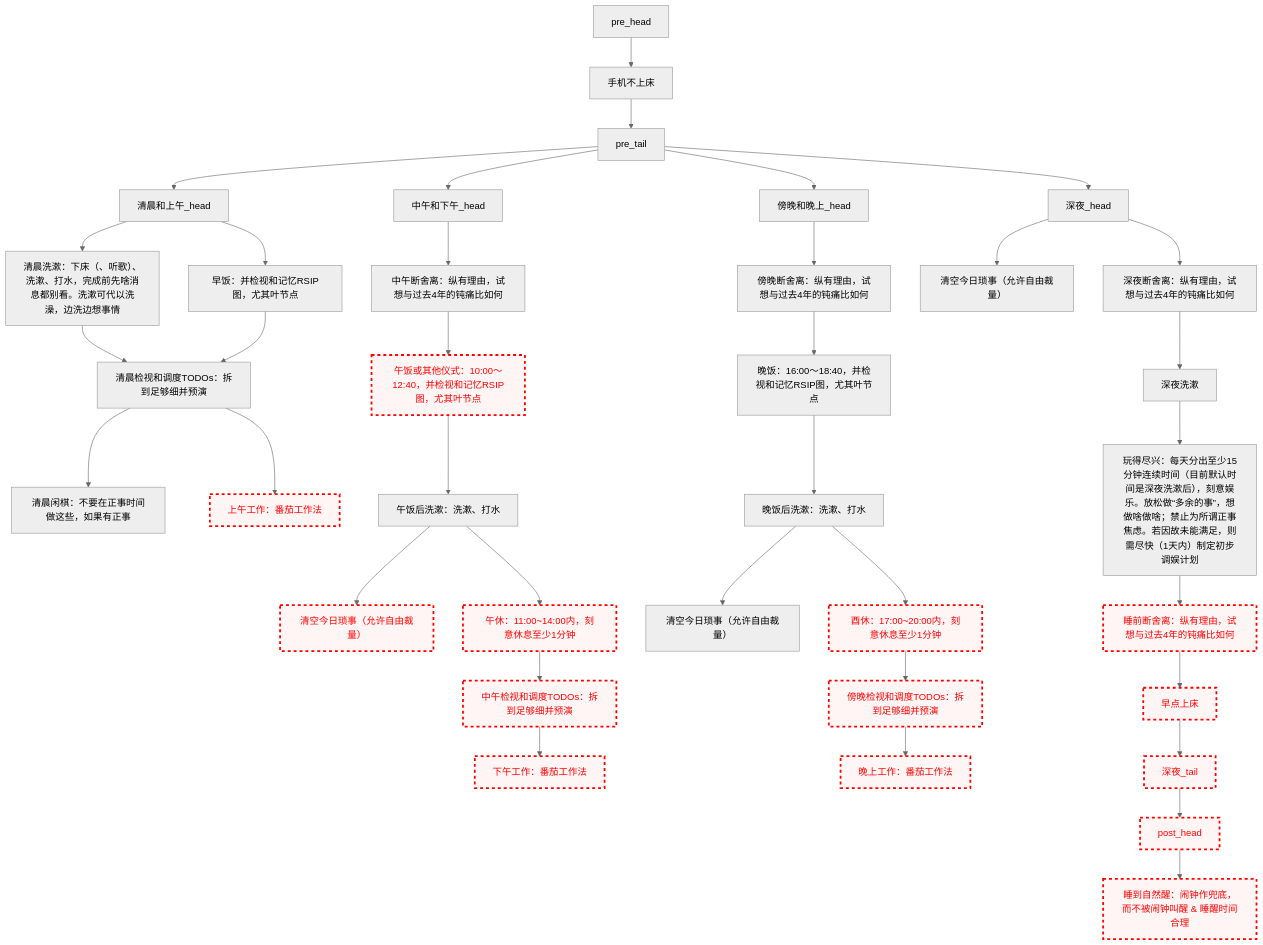
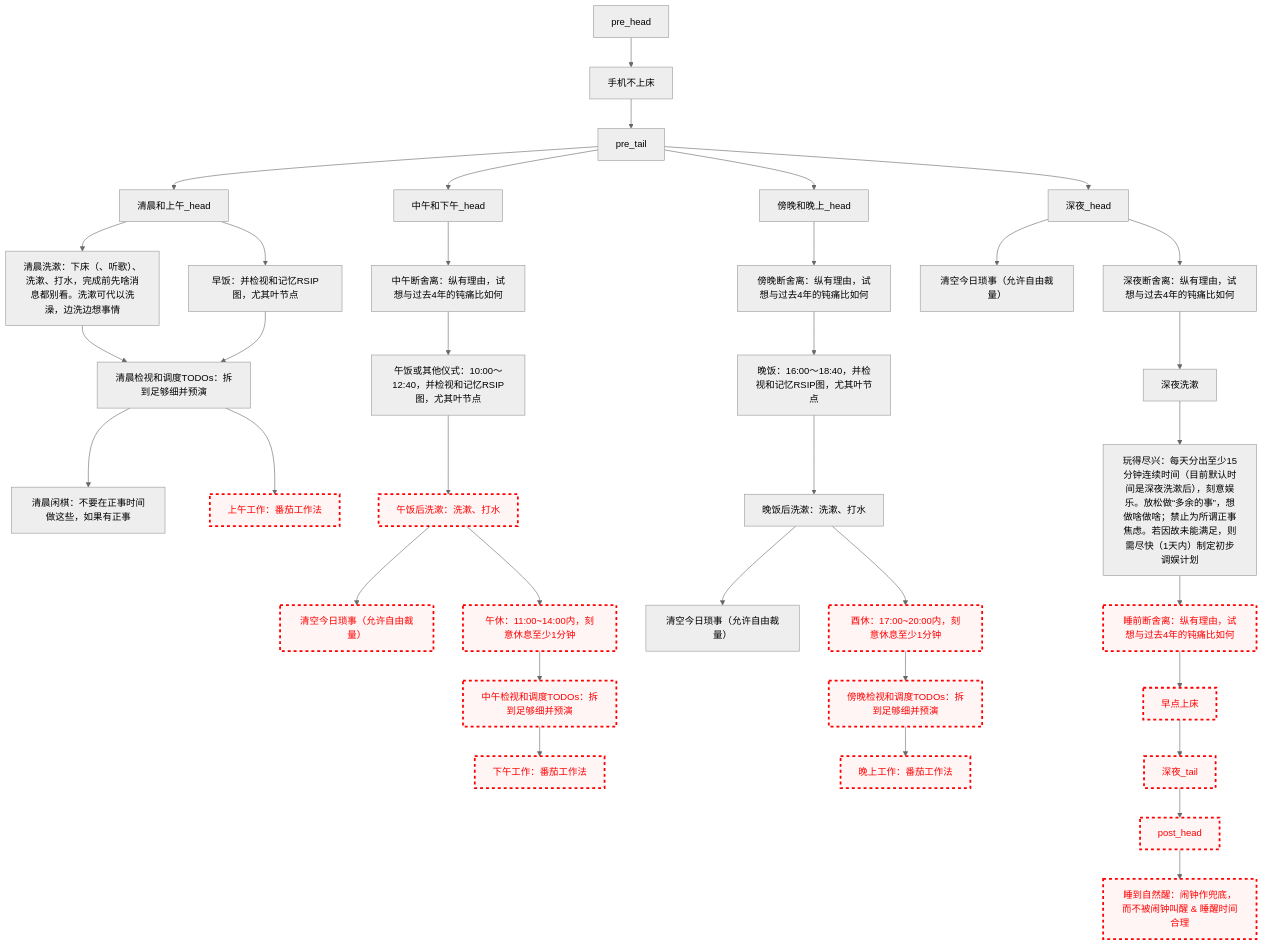
The diagram in README.md (Ethkuil/RSIP-tree), drawn with Mermaid (neutral theme) before and after one commit.

Commit message:
enable 午饭

````diff
--- a/README.md
+++ b/README.md
@@ -21,63 +21,62 @@
 ```mermaid
 graph TD
 
 classDef failed stroke:#ff0000, stroke-width:3px, color:#ff0000, fill:#fff5f5, stroke-dasharray: 5
 
 pre_head --> 手机不上床
 手机不上床 --> pre_tail
 
 
 pre_tail --> 清晨和上午_head
 清晨和上午_head --> 清晨洗漱[清晨洗漱：下床（、听歌）、洗漱、打水，完成前先啥消息都别看。洗漱可代以洗澡，边洗边想事情]
 清晨和上午_head --> 早饭[早饭：并检视和记忆RSIP图，尤其叶节点]
 清晨洗漱 --> 清晨看TODO[清晨检视和调度TODOs：拆到足够细并预演]
 早饭 --> 清晨看TODO
 清晨看TODO --> 清晨闲棋[清晨闲棋：不要在正事时间做这些，如果有正事]
 清晨看TODO --> 上午工作[上午工作：番茄工作法]
 class 上午工作 failed
 
 pre_tail --> 中午和下午_head
 中午和下午_head --> 中午断舍离[中午断舍离：纵有理由，试想与过去4年的钝痛比如何]
 中午断舍离 --> 午饭[午饭或其他仪式：10:00～12:40，并检视和记忆RSIP图，尤其叶节点]
-class 午饭 failed
 午饭 --> 午饭后洗漱[午饭后洗漱：洗漱、打水]
-class 午饭 failed
+class 午饭后洗漱 failed
 午饭后洗漱 --> 中午今日琐事[清空今日琐事（允许自由裁量）]
 class 中午今日琐事 failed
 午饭后洗漱 --> 午休[午休：11:00~14:00内，刻意休息至少1分钟]
 class 午休 failed
 午休 --> 中午看TODO[中午检视和调度TODOs：拆到足够细并预演]
 class 中午看TODO failed
 中午看TODO --> 下午工作[下午工作：番茄工作法]
 class 下午工作 failed
 
 pre_tail --> 傍晚和晚上_head
 傍晚和晚上_head --> 傍晚断舍离[傍晚断舍离：纵有理由，试想与过去4年的钝痛比如何]
 傍晚断舍离 --> 晚饭[晚饭：16:00～18:40，并检视和记忆RSIP图，尤其叶节点]
 晚饭 --> 晚饭后洗漱[晚饭后洗漱：洗漱、打水]
 晚饭后洗漱 --> 傍晚今日琐事[清空今日琐事（允许自由裁量）]
 晚饭后洗漱 --> 酉休[酉休：17:00~20:00内，刻意休息至少1分钟]
 class 酉休 failed
 酉休 --> 傍晚看TODO[傍晚检视和调度TODOs：拆到足够细并预演]
 class 傍晚看TODO failed
 傍晚看TODO --> 晚上工作[晚上工作：番茄工作法]
 class 晚上工作 failed
 
 pre_tail --> 深夜_head
 深夜_head --> 深夜今日琐事[清空今日琐事（允许自由裁量）]
 深夜_head --> 深夜断舍离[深夜断舍离：纵有理由，试想与过去4年的钝痛比如何]
 深夜断舍离 --> 深夜洗漱
 深夜洗漱 --> 玩得尽兴[玩得尽兴：每天分出至少15分钟连续时间（目前默认时间是深夜洗漱后），刻意娱乐。放松做“多余的事”，想做啥做啥；禁止为所谓正事焦虑。若因故未能满足，则需尽快（1天内）制定初步调娱计划]
 玩得尽兴 --> 睡前断舍离[睡前断舍离：纵有理由，试想与过去4年的钝痛比如何]
 class 睡前断舍离 failed
 睡前断舍离 --> 早点上床
 class 早点上床 failed
 早点上床 --> 深夜_tail
 class 深夜_tail failed
 
 
 深夜_tail --> post_head
 class post_head failed
 post_head --> 睡到自然醒[睡到自然醒：闹钟作兜底，而不被闹钟叫醒 & 睡醒时间合理]
 class 睡到自然醒 failed
 ```
````
